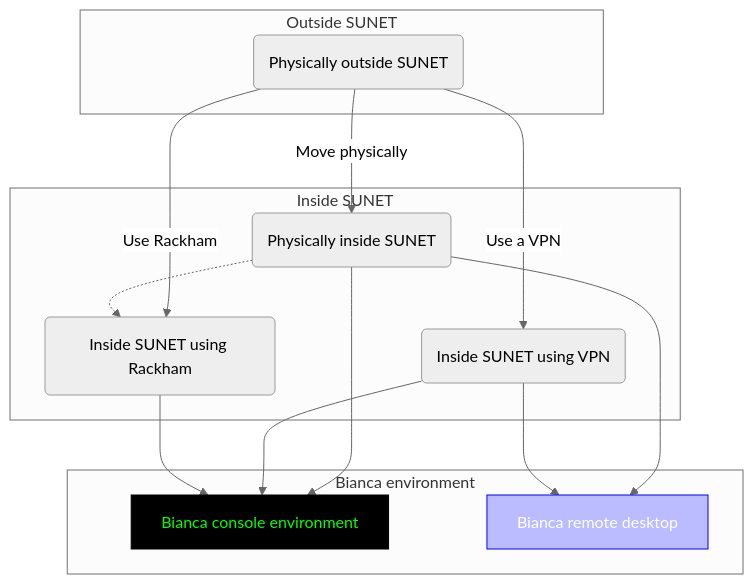
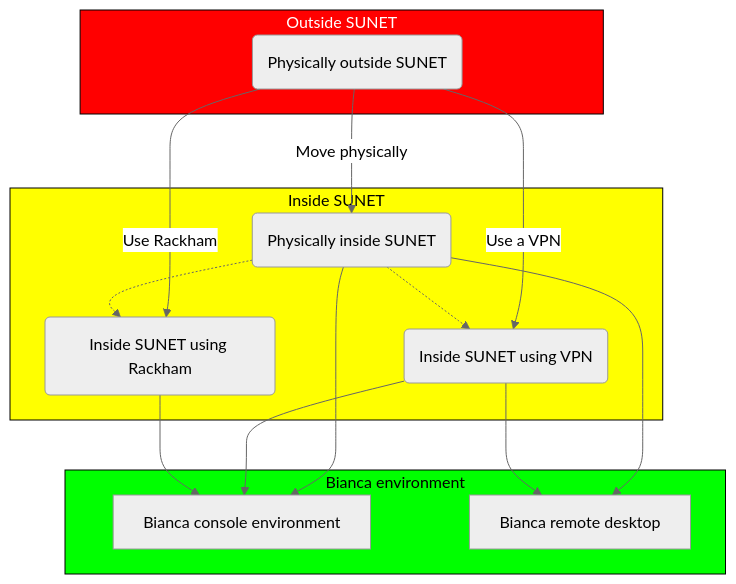
One commit to UPPMAX/bianca_workshop changed the diagram in docs/login_bianca.md. Above: the diagram before and after it, drawn with Mermaid (neutral theme).

Commit message:
Login graph with subgraphs

````diff
--- a/docs/login_bianca.md
+++ b/docs/login_bianca.md
@@ -12,29 +12,34 @@
 ```mermaid
 flowchart TD
 
-    subgraph Outside SUNET
+    subgraph sub_outside[Outside SUNET]
       outside(Physically outside SUNET)
     end    
-    subgraph Inside SUNET
+    style sub_outside fill:#f00,color:#fff,stroke:#000
+
+    subgraph sub_inside[Inside SUNET]
       physically_inside(Physically inside SUNET)
       inside_using_vpn(Inside SUNET using VPN)
       inside_using_rackham(Inside SUNET using Rackham)
     end
+    style sub_inside fill:#ff0,color:#000,stroke:#000
 
-    subgraph Bianca environment
+    subgraph sub_bianca_env[Bianca environment]
       bianca_console[Bianca console environment]
       bianca_remote_desktop[Bianca remote desktop] 
-      style bianca_console fill:#000,color:#0f0,stroke:#000
-      style bianca_remote_desktop fill:#bbf,color:#fff,stroke:#00f
+      %% style bianca_console fill:#000,color:#0f0,stroke:#000
+      %% style bianca_remote_desktop fill:#bbf,color:#fff,stroke:#00f
     end
+    style sub_bianca_env fill:#0f0,color:#000,stroke:#000
 
     outside-->|Move physically|physically_inside
     outside-->|Use a VPN|inside_using_vpn
     outside-->|Use Rackham|inside_using_rackham
     physically_inside-->bianca_console
     physically_inside-->bianca_remote_desktop
     physically_inside-.->inside_using_rackham
+    physically_inside-.->inside_using_vpn
     inside_using_vpn-->bianca_console
     inside_using_vpn-->bianca_remote_desktop
     inside_using_rackham-->bianca_console
 ```
````
